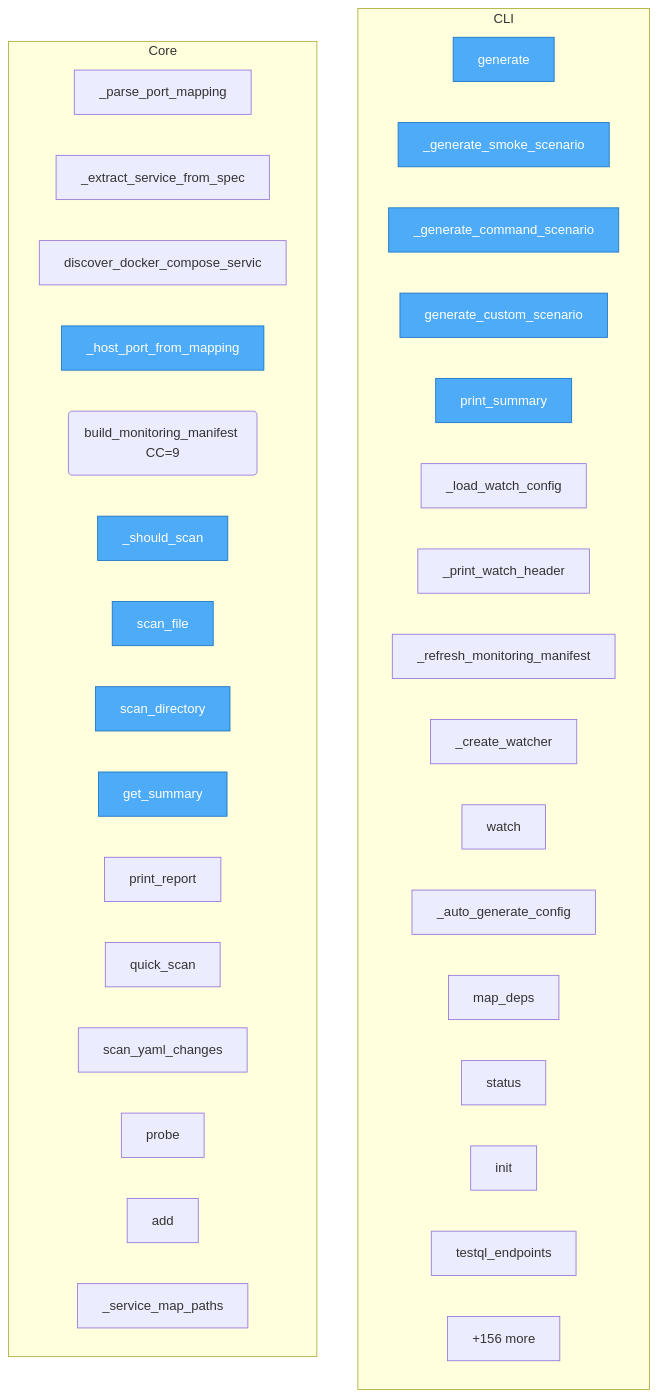
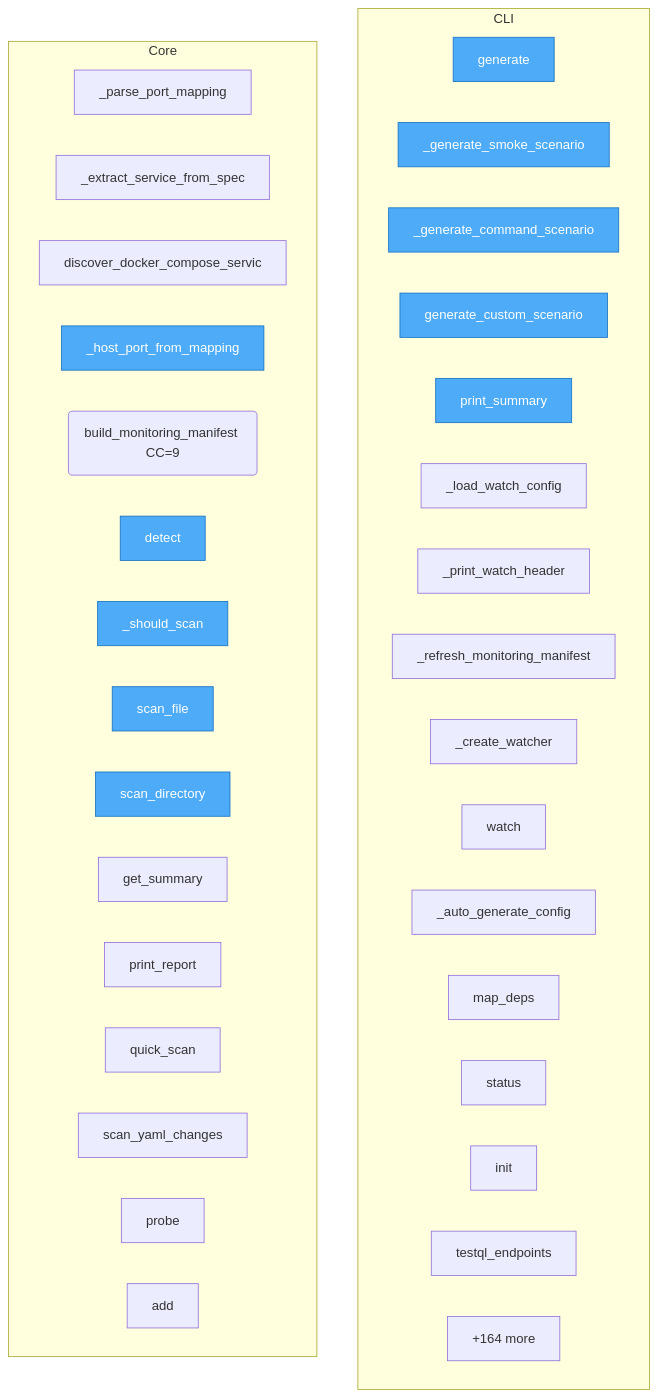
One commit to semcod/wup changed the diagram in project/flow.mmd. Above: the diagram before and after it, drawn with Mermaid. The commit also changed 143 other files, not shown here.

```diff
--- a/project/flow.mmd
+++ b/project/flow.mmd
@@ -1,45 +1,45 @@
 flowchart TD
 %% generated in 0.01s
 
     %% Entry points (blue)
     classDef entry fill:#4dabf7,stroke:#1971c2,color:#fff
 
     subgraph CLI
         wup__testql_cli_generator__TestQLCLIGenerator__generate["generate"]
         wup__testql_cli_generator__TestQLCLIGenerator___generate_smoke_scenario["_generate_smoke_scenario"]
         wup__testql_cli_generator__TestQLCLIGenerator___generate_command_scenario["_generate_command_scenario"]
         wup__testql_cli_generator__TestQLCLIGenerator__generate_custom_scenario["generate_custom_scenario"]
         wup__testql_cli_generator__TestQLCLIGenerator__print_summary["print_summary"]
         wup__cli___load_watch_config["_load_watch_config"]
         wup__cli___print_watch_header["_print_watch_header"]
         wup__cli___refresh_monitoring_manifest["_refresh_monitoring_manifest"]
         wup__cli___create_watcher["_create_watcher"]
         wup__cli__watch["watch"]
         wup__cli___auto_generate_config["_auto_generate_config"]
         wup__cli__map_deps["map_deps"]
         wup__cli__status["status"]
         wup__cli__init["init"]
         wup__cli__testql_endpoints["testql_endpoints"]
         ...["+29 more"]
     end
 
     subgraph Core
         wup__monitoring_manifest___parse_port_mapping["_parse_port_mapping"]
         wup__monitoring_manifest___extract_service_from_spec["_extract_service_from_spec"]
         wup__monitoring_manifest__discover_docker_compose_services["discover_docker_compose_servic"]
         wup__monitoring_manifest___host_port_from_mapping["_host_port_from_mapping"]
         wup__monitoring_manifest__build_monitoring_manifest("build_monitoring_manifest CC=9")
+        wup___base_detector__BaseDetector__detect["detect"]
         wup__anomaly_detector__AnomalyDetector___should_scan["_should_scan"]
         wup__anomaly_detector__AnomalyDetector__scan_file["scan_file"]
         wup__anomaly_detector__AnomalyDetector__scan_directory["scan_directory"]
         wup__anomaly_detector__AnomalyDetector__get_summary["get_summary"]
         wup__anomaly_detector__AnomalyDetector__print_report["print_report"]
         wup__anomaly_detector__quick_scan["quick_scan"]
         wup__anomaly_detector__scan_yaml_changes["scan_yaml_changes"]
         wup__testql_monitor__ProbeTarget__probe["probe"]
         wup__testql_monitor___ProbeAccumulator__add["add"]
-        wup__testql_monitor__TestQLMonitor___service_map_paths["_service_map_paths"]
-        ...["+156 more"]
+        ...["+164 more"]
     end
 
-    class wup__testql_cli_generator__TestQLCLIGenerator__generate,wup__testql_cli_generator__TestQLCLIGenerator___generate_smoke_scenario,wup__testql_cli_generator__TestQLCLIGenerator___generate_command_scenario,wup__testql_cli_generator__TestQLCLIGenerator__generate_custom_scenario,wup__testql_cli_generator__TestQLCLIGenerator__print_summary,wup__monitoring_manifest___host_port_from_mapping,wup__anomaly_detector__AnomalyDetector___should_scan,wup__anomaly_detector__AnomalyDetector__scan_file,wup__anomaly_detector__AnomalyDetector__scan_directory,wup__anomaly_detector__AnomalyDetector__get_summary entry
+    class wup__testql_cli_generator__TestQLCLIGenerator__generate,wup__testql_cli_generator__TestQLCLIGenerator___generate_smoke_scenario,wup__testql_cli_generator__TestQLCLIGenerator___generate_command_scenario,wup__testql_cli_generator__TestQLCLIGenerator__generate_custom_scenario,wup__testql_cli_generator__TestQLCLIGenerator__print_summary,wup__monitoring_manifest___host_port_from_mapping,wup___base_detector__BaseDetector__detect,wup__anomaly_detector__AnomalyDetector___should_scan,wup__anomaly_detector__AnomalyDetector__scan_file,wup__anomaly_detector__AnomalyDetector__scan_directory entry
```
